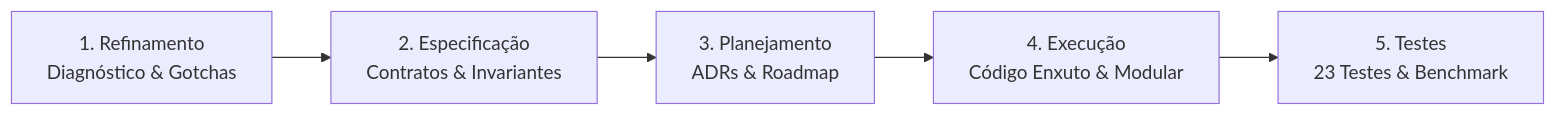
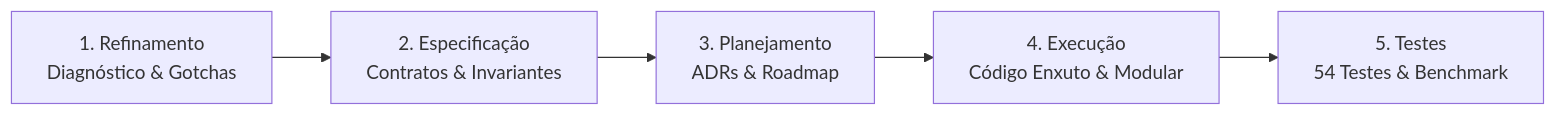
The second of 2 diagrams in README.md (issei/case-agents), drawn with Mermaid before and after one commit. The commit also changed other lines of this file and 18 other files, not shown here.

````diff
--- a/README.md
+++ b/README.md
@@ -93,7 +93,7 @@
 ```mermaid
 flowchart LR
     R[1. Refinamento<br/>Diagnóstico & Gotchas] --> S[2. Especificação<br/>Contratos & Invariantes]
     S --> P[3. Planejamento<br/>ADRs & Roadmap]
     P --> E[4. Execução<br/>Código Enxuto & Modular]
-    E --> T[5. Testes<br/>23 Testes & Benchmark]
+    E --> T[5. Testes<br/>54 Testes & Benchmark]
 ```
````
